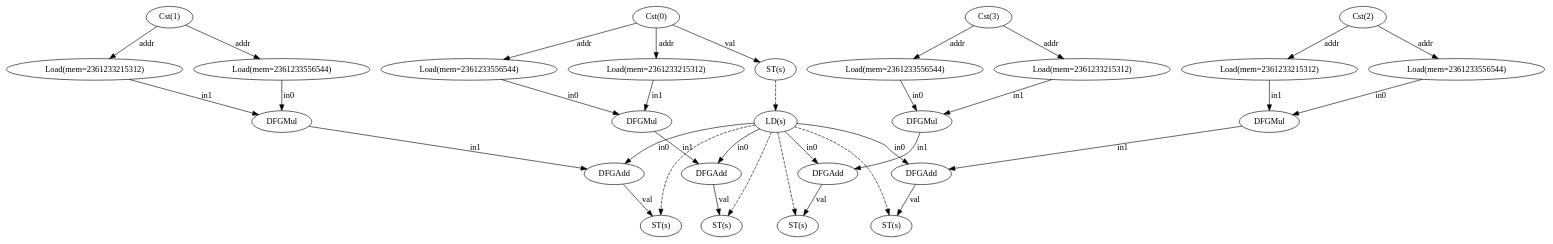
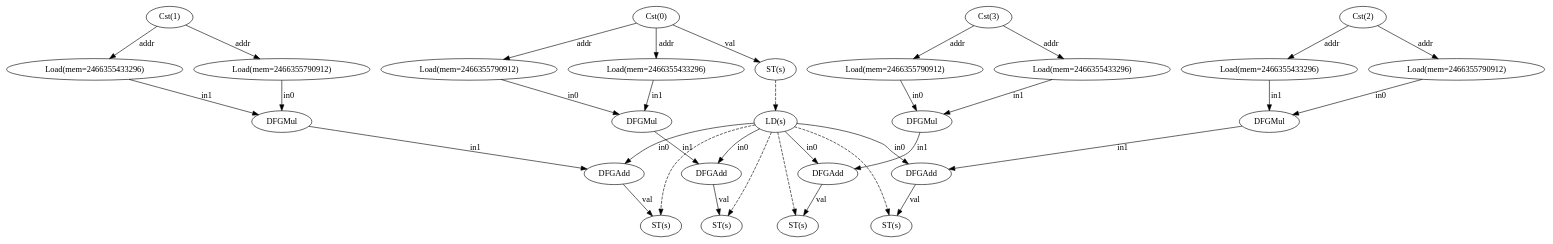
One commit to ma-carrillo/High-level-synthesis-assignment changed the diagram in test23/dfg.dot. Above: the diagram before and after it, drawn with Graphviz. The commit also changed 15 other files, not shown here.

```diff
--- a/test23/dfg.dot
+++ b/test23/dfg.dot
@@ -1,62 +1,62 @@
 digraph "dfg" {
   n0 [label="Cst(0)"];
   n1 [label="ST(s)"];
   n2 [label="LD(s)"];
-  n3 [label="Load(mem=2361233556544)"];
-  n4 [label="Load(mem=2361233215312)"];
+  n3 [label="Load(mem=2466355790912)"];
+  n4 [label="Load(mem=2466355433296)"];
   n5 [label="DFGMul"];
   n6 [label="DFGAdd"];
   n7 [label="ST(s)"];
   n9 [label="Cst(1)"];
-  n10 [label="Load(mem=2361233556544)"];
-  n11 [label="Load(mem=2361233215312)"];
+  n10 [label="Load(mem=2466355790912)"];
+  n11 [label="Load(mem=2466355433296)"];
   n12 [label="DFGMul"];
   n13 [label="DFGAdd"];
   n14 [label="ST(s)"];
   n16 [label="Cst(2)"];
-  n17 [label="Load(mem=2361233556544)"];
-  n18 [label="Load(mem=2361233215312)"];
+  n17 [label="Load(mem=2466355790912)"];
+  n18 [label="Load(mem=2466355433296)"];
   n19 [label="DFGMul"];
   n20 [label="DFGAdd"];
   n21 [label="ST(s)"];
   n23 [label="Cst(3)"];
-  n24 [label="Load(mem=2361233556544)"];
-  n25 [label="Load(mem=2361233215312)"];
+  n24 [label="Load(mem=2466355790912)"];
+  n25 [label="Load(mem=2466355433296)"];
   n26 [label="DFGMul"];
   n27 [label="DFGAdd"];
   n28 [label="ST(s)"];
   n0 -> n1 [label="val"];
   n0 -> n3 [label="addr"];
   n0 -> n4 [label="addr"];
   n1 -> n2 [style="dashed"];
   n2 -> n6 [label="in0"];
   n2 -> n7 [style="dashed"];
   n2 -> n13 [label="in0"];
   n2 -> n14 [style="dashed"];
   n2 -> n20 [label="in0"];
   n2 -> n21 [style="dashed"];
   n2 -> n27 [label="in0"];
   n2 -> n28 [style="dashed"];
   n3 -> n5 [label="in0"];
   n4 -> n5 [label="in1"];
   n5 -> n6 [label="in1"];
   n6 -> n7 [label="val"];
   n9 -> n10 [label="addr"];
   n9 -> n11 [label="addr"];
   n10 -> n12 [label="in0"];
   n11 -> n12 [label="in1"];
   n12 -> n13 [label="in1"];
   n13 -> n14 [label="val"];
   n16 -> n17 [label="addr"];
   n16 -> n18 [label="addr"];
   n17 -> n19 [label="in0"];
   n18 -> n19 [label="in1"];
   n19 -> n20 [label="in1"];
   n20 -> n21 [label="val"];
   n23 -> n24 [label="addr"];
   n23 -> n25 [label="addr"];
   n24 -> n26 [label="in0"];
   n25 -> n26 [label="in1"];
   n26 -> n27 [label="in1"];
   n27 -> n28 [label="val"];
 }
```
